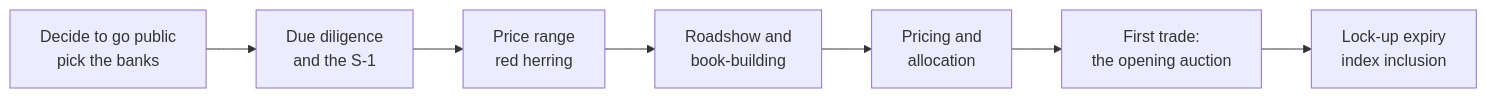
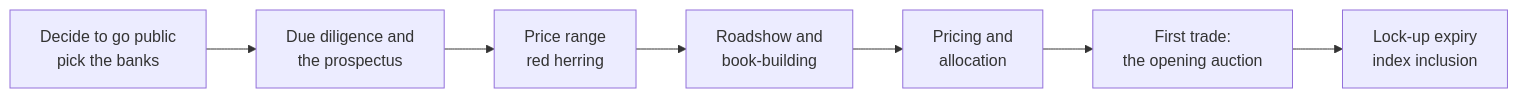
The first of 3 diagrams in docs/user-guide/046-valuation.md (johan162/EduMatcher), drawn with Mermaid before and after one commit. The commit also changed other lines of this file and 25 other files, not shown here.

````diff
--- a/docs/user-guide/046-valuation.md
+++ b/docs/user-guide/046-valuation.md
@@ -73,9 +81,9 @@
 ```mermaid
 flowchart LR
-    A[Decide to go public\npick the banks] --> B[Due diligence\nand the S-1]
+    A[Decide to go public\npick the banks] --> B[Due diligence and\nthe prospectus]
     B --> C[Price range\nred herring]
     C --> D[Roadshow and\nbook-building]
     D --> E[Pricing and\nallocation]
     E --> F[First trade:\nthe opening auction]
     F --> G[Lock-up expiry\nindex inclusion]
 ```
````
